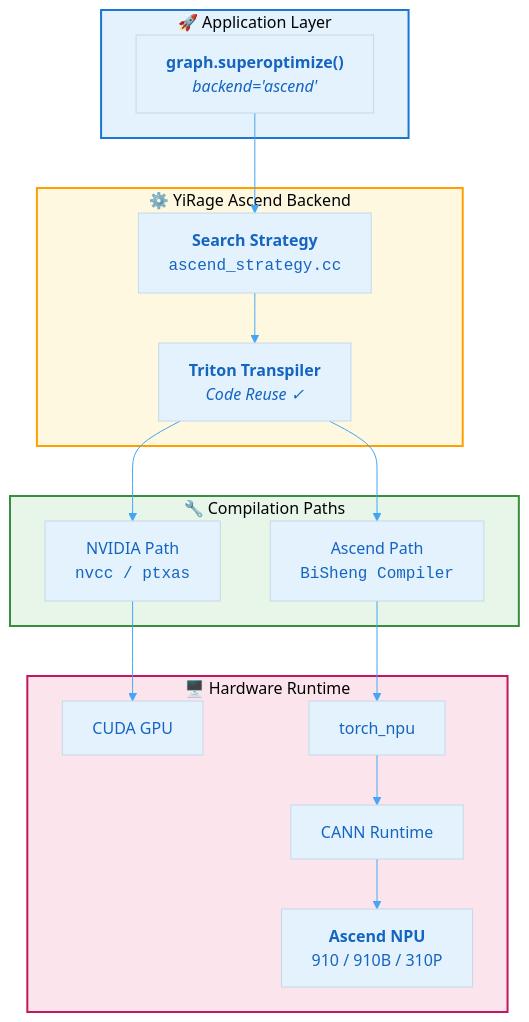
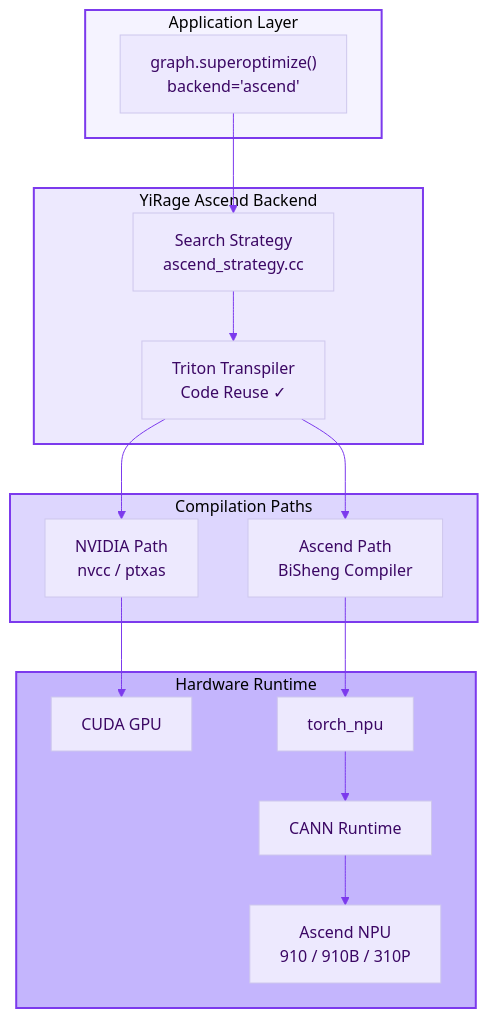
The diagram in docs/ascend_integration_architecture.md (chenxingqiang/YiRage), drawn with Mermaid before and after one commit. The commit also changed 9 other files, not shown here.

First line of the commit message:
style: unify Mermaid diagrams to minimal purple theme

````diff
--- a/docs/ascend_integration_architecture.md
+++ b/docs/ascend_integration_architecture.md
@@ -7,35 +7,35 @@
 ```mermaid
-%%{init: {'theme': 'base', 'themeVariables': { 'primaryColor': '#e3f2fd', 'primaryTextColor': '#1565c0', 'lineColor': '#42a5f5'}}}%%
+%%{init: {'theme': 'base', 'themeVariables': { 'primaryColor': '#ede9fe', 'primaryTextColor': '#3b0764', 'lineColor': '#7c3aed'}}}%%
 flowchart TB
-    subgraph APP["🚀 Application Layer"]
-        A["<b>graph.superoptimize()</b><br/><i>backend='ascend'</i>"]
+    subgraph APP["Application Layer"]
+        A["graph.superoptimize()<br/>backend='ascend'"]
     end
 
-    subgraph BACKEND["⚙️ YiRage Ascend Backend"]
-        B["<b>Search Strategy</b><br/><code>ascend_strategy.cc</code>"]
-        C["<b>Triton Transpiler</b><br/><i>Code Reuse ✓</i>"]
+    subgraph BACKEND["YiRage Ascend Backend"]
+        B["Search Strategy<br/>ascend_strategy.cc"]
+        C["Triton Transpiler<br/>Code Reuse ✓"]
         B --> C
     end
 
-    subgraph COMPILE["🔧 Compilation Paths"]
-        D["NVIDIA Path<br/><code>nvcc / ptxas</code>"]
-        E["Ascend Path<br/><code>BiSheng Compiler</code>"]
+    subgraph COMPILE["Compilation Paths"]
+        D["NVIDIA Path<br/>nvcc / ptxas"]
+        E["Ascend Path<br/>BiSheng Compiler"]
     end
 
-    subgraph RUNTIME["🖥️ Hardware Runtime"]
+    subgraph RUNTIME["Hardware Runtime"]
         F["CUDA GPU"]
         G["torch_npu"]
         H["CANN Runtime"]
-        I["<b>Ascend NPU</b><br/>910 / 910B / 310P"]
+        I["Ascend NPU<br/>910 / 910B / 310P"]
     end
 
     A --> B
     C --> D & E
     D --> F
     E --> G --> H --> I
 
-    style APP fill:#e3f2fd,stroke:#1976d2,stroke-width:2px
-    style BACKEND fill:#fff8e1,stroke:#ffa000,stroke-width:2px
-    style COMPILE fill:#e8f5e9,stroke:#388e3c,stroke-width:2px
-    style RUNTIME fill:#fce4ec,stroke:#c2185b,stroke-width:2px
+    style APP fill:#f5f3ff,stroke:#7c3aed,stroke-width:2px
+    style BACKEND fill:#ede9fe,stroke:#7c3aed,stroke-width:2px
+    style COMPILE fill:#ddd6fe,stroke:#7c3aed,stroke-width:2px
+    style RUNTIME fill:#c4b5fd,stroke:#7c3aed,stroke-width:2px
 ```
````
